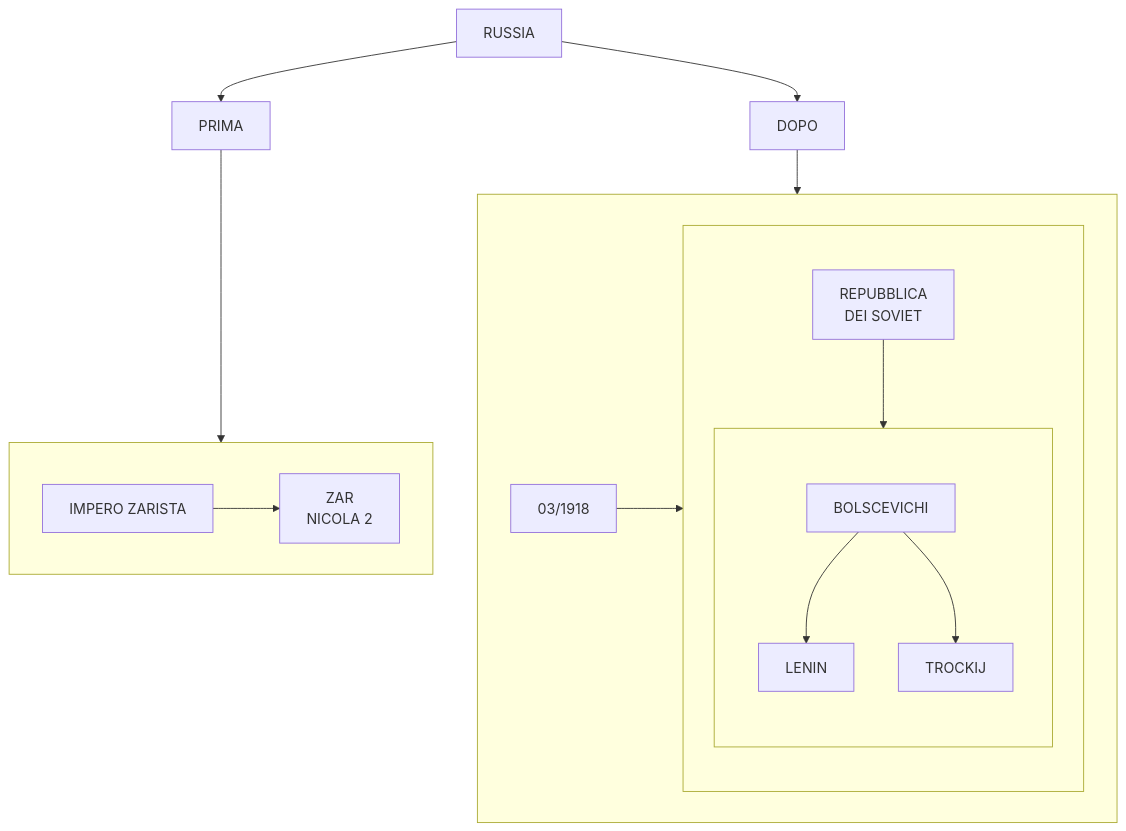
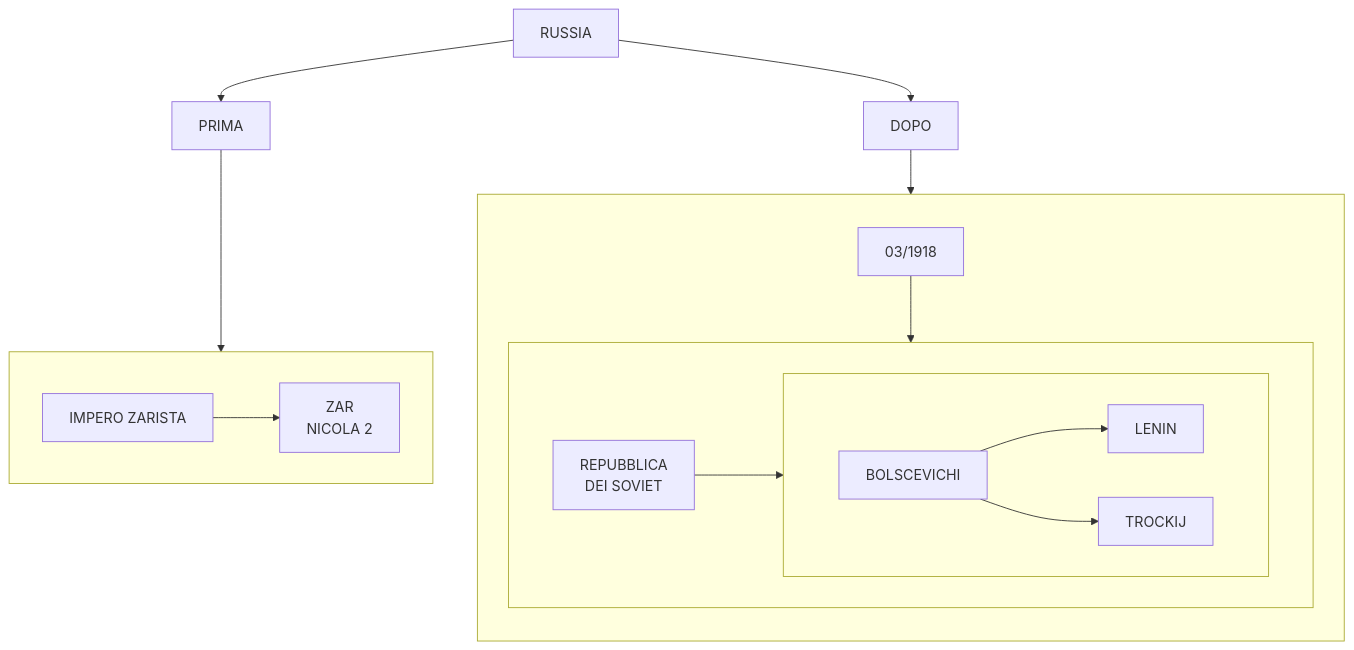
One commit to Laaouatni/ricerca-storia-MermaidJS changed the diagram in stalinismo.md. Above: the diagram before and after it, drawn with Mermaid.

````diff
--- a/stalinismo.md
+++ b/stalinismo.md
@@ -1,28 +1,30 @@
 ```mermaid
 flowchart TB
     0[RUSSIA]
     01[PRIMA]
     subgraph 010[" "]
         0100[IMPERO ZARISTA]
         01000[ZAR<br>NICOLA 2]
         0100 --> 01000
     end
     02[DOPO]
     subgraph 020[" "]
+        direction TB
         0200[03/1918]
         subgraph 022[" "]
+            direction LR
             02000[REPUBBLICA <br> DEI SOVIET]
             subgraph 021[" "]
                 0210[BOLSCEVICHI]
                 02100[LENIN]
                 02101[TROCKIJ]
                 0210 --> 02100 & 02101
             end
             02000 --> 021
         end
         0200 --> 022
     end
     0 --> 01 & 02
     01 --> 010
     02 --> 020
 ```
````
